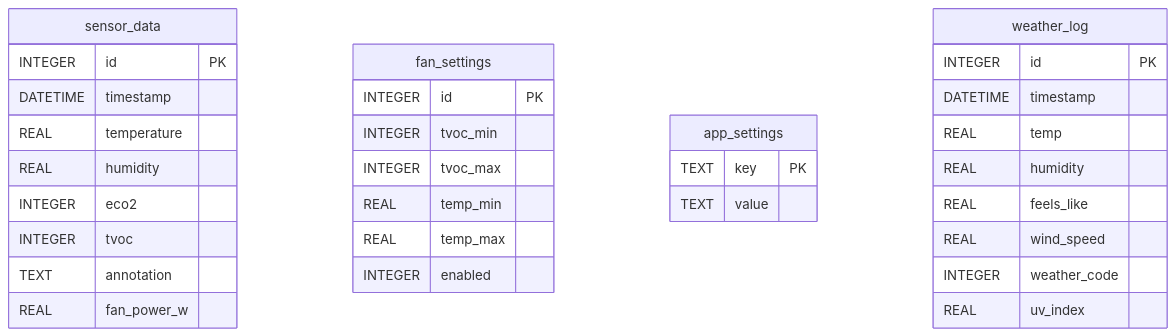
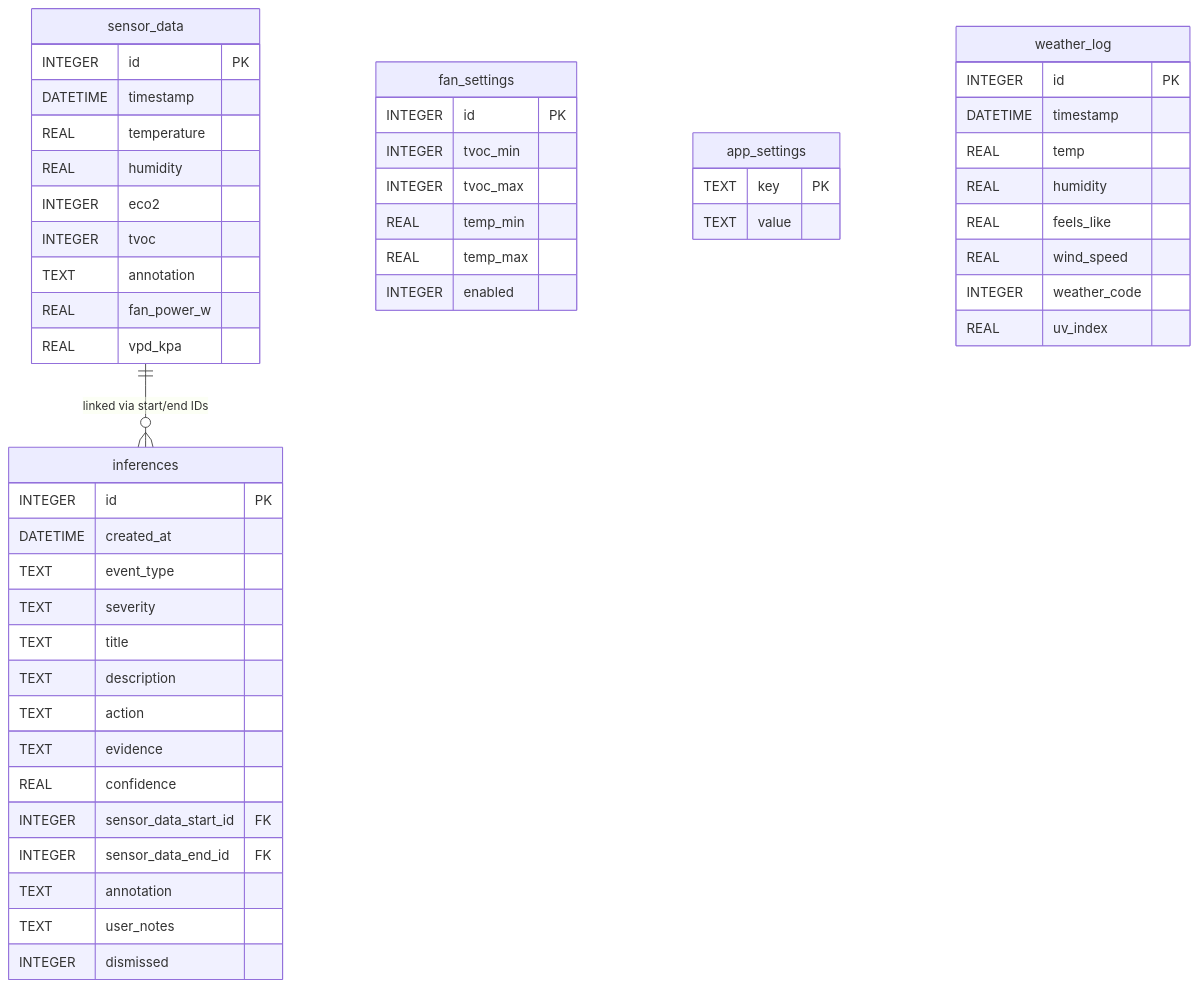
The diagram in readme.md (Ryan-be/mars-air-quility), drawn with Mermaid before and after one commit. The commit also changed other lines of this file, not shown here.

First line of the commit message:
docs: update README with inference engine, new DB schema, and project structure

````diff
--- a/readme.md
+++ b/readme.md
@@ -180,38 +187,58 @@
 ```mermaid
 erDiagram
     sensor_data {
         INTEGER id PK
         DATETIME timestamp
         REAL    temperature
         REAL    humidity
         INTEGER eco2
         INTEGER tvoc
         TEXT    annotation
         REAL    fan_power_w
+        REAL    vpd_kpa
     }
 
     fan_settings {
         INTEGER id PK
         INTEGER tvoc_min
         INTEGER tvoc_max
         REAL    temp_min
         REAL    temp_max
         INTEGER enabled
     }
 
     app_settings {
         TEXT key   PK
         TEXT value
     }
 
     weather_log {
         INTEGER id           PK
         DATETIME timestamp
         REAL    temp
         REAL    humidity
         REAL    feels_like
         REAL    wind_speed
         INTEGER weather_code
         REAL    uv_index
     }
+
+    inferences {
+        INTEGER  id PK
+        DATETIME created_at
+        TEXT     event_type
+        TEXT     severity
+        TEXT     title
+        TEXT     description
+        TEXT     action
+        TEXT     evidence
+        REAL     confidence
+        INTEGER  sensor_data_start_id FK
+        INTEGER  sensor_data_end_id FK
+        TEXT     annotation
+        TEXT     user_notes
+        INTEGER  dismissed
+    }
+
+    sensor_data ||--o{ inferences : "linked via start/end IDs"
 ```
````
